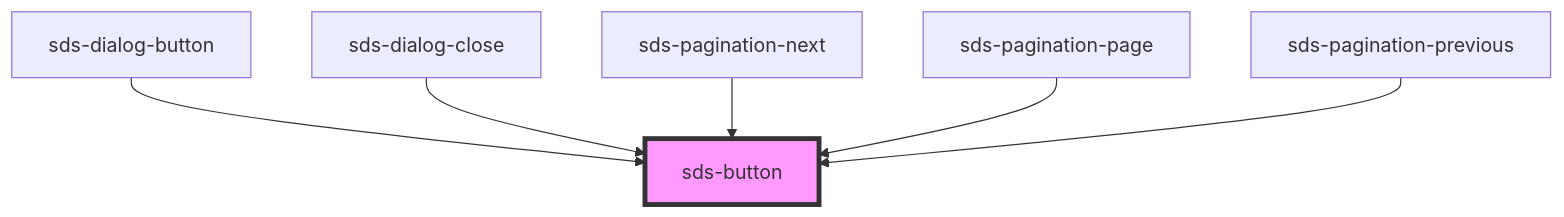
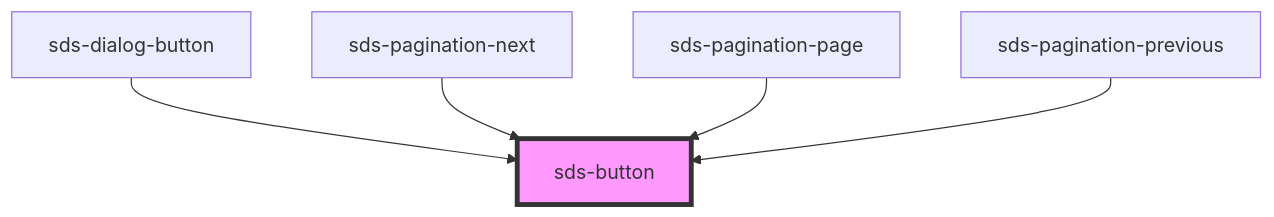
One commit to chodgesfigma/sds-mono changed the diagram in packages/sds-web-components/src/ui/primitives/button/sds-button/readme.md. Above: the diagram before and after it, drawn with Mermaid. The commit also changed other lines of this file and 12 other files, not shown here.

Commit message:
feat: use sds-icon-button instead of "rounded" sds-button

````diff
--- a/packages/sds-web-components/src/ui/primitives/button/sds-button/readme.md
+++ b/packages/sds-web-components/src/ui/primitives/button/sds-button/readme.md
@@ -27,9 +26,8 @@
 ```mermaid
 graph TD;
   sds-dialog-button --> sds-button
-  sds-dialog-close --> sds-button
   sds-pagination-next --> sds-button
   sds-pagination-page --> sds-button
   sds-pagination-previous --> sds-button
   style sds-button fill:#f9f,stroke:#333,stroke-width:4px
 ```
````
